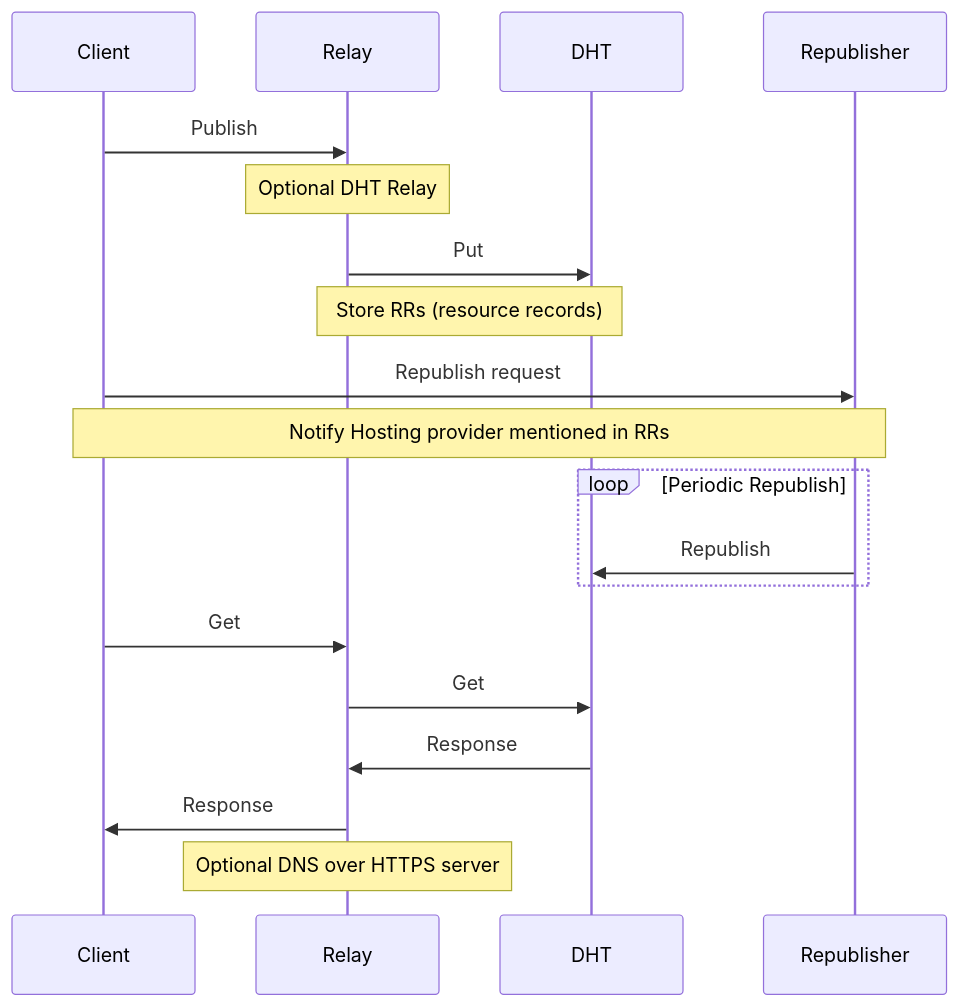
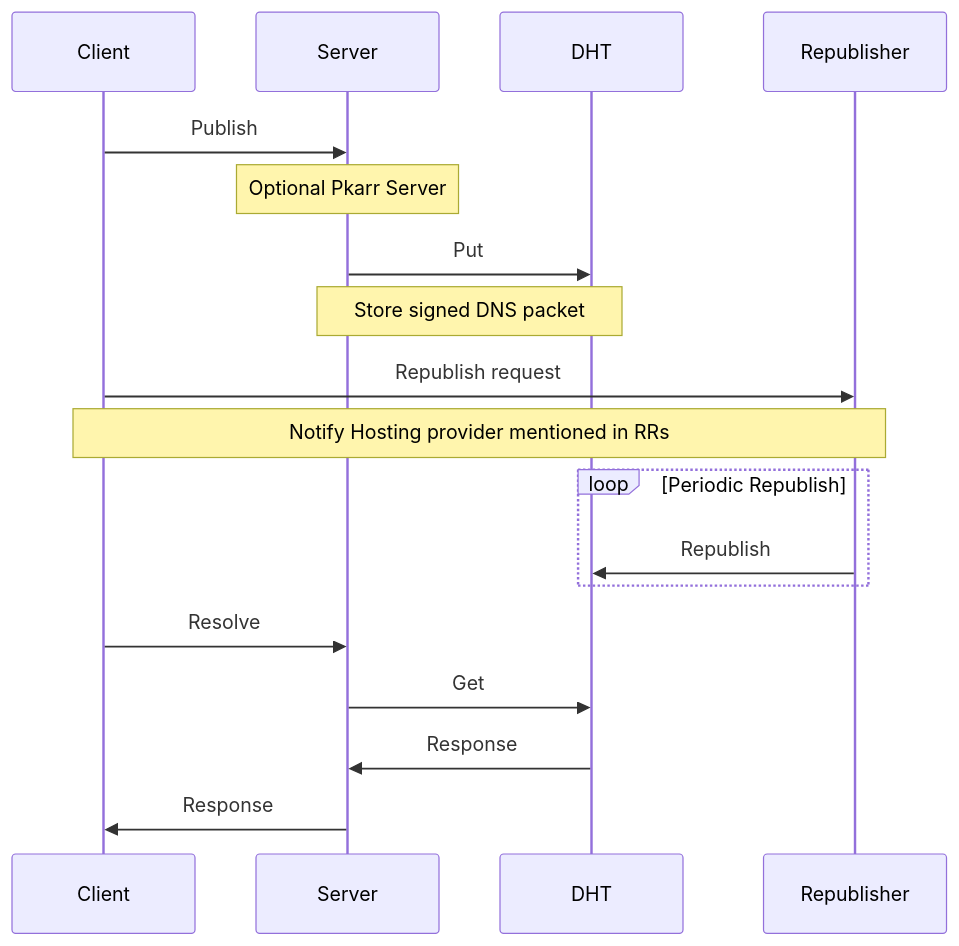
Before and after one commit to pubky/pkarr: the diagram in README.md, drawn with Mermaid. The commit also changed other lines of this file, not shown here.

````diff
--- a/README.md
+++ b/README.md
@@ -30,25 +30,24 @@
 ```mermaid
 sequenceDiagram
     participant Client
-    participant Relay
+    participant Server
     participant DHT
     participant Republisher
 
-    Client->>Relay: Publish
-    note over Relay: Optional DHT Relay
-    Relay->>DHT: Put
-    Note over Relay,DHT: Store RRs (resource records)
+    Client->>Server: Publish
+    note over Server: Optional Pkarr Server
+    Server->>DHT: Put
+    Note over Server,DHT: Store signed DNS packet
 
     Client->>Republisher: Republish request
     note over Client, Republisher: Notify Hosting provider mentioned in RRs
 
     loop Periodic Republish
         Republisher->>DHT: Republish
     end
 
-    Client->>Relay: Get
-    Relay->>DHT: Get
-    DHT->>Relay: Response
-    Relay->>Client: Response
-    note over  Relay: Optional DNS over HTTPS server
+    Client->>Server: Resolve
+    Server->>DHT: Get
+    DHT->>Server: Response
+    Server->>Client: Response
 ```
````
